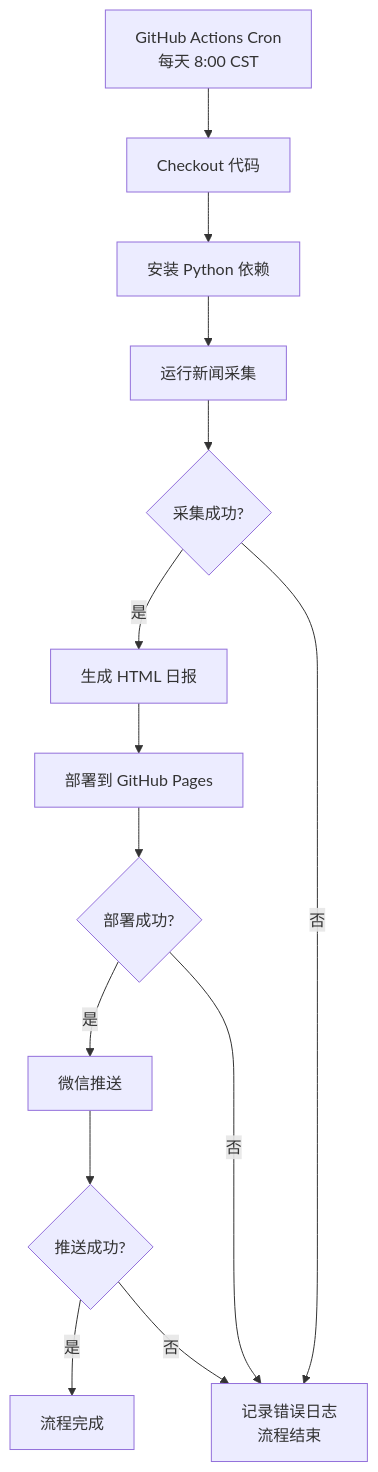
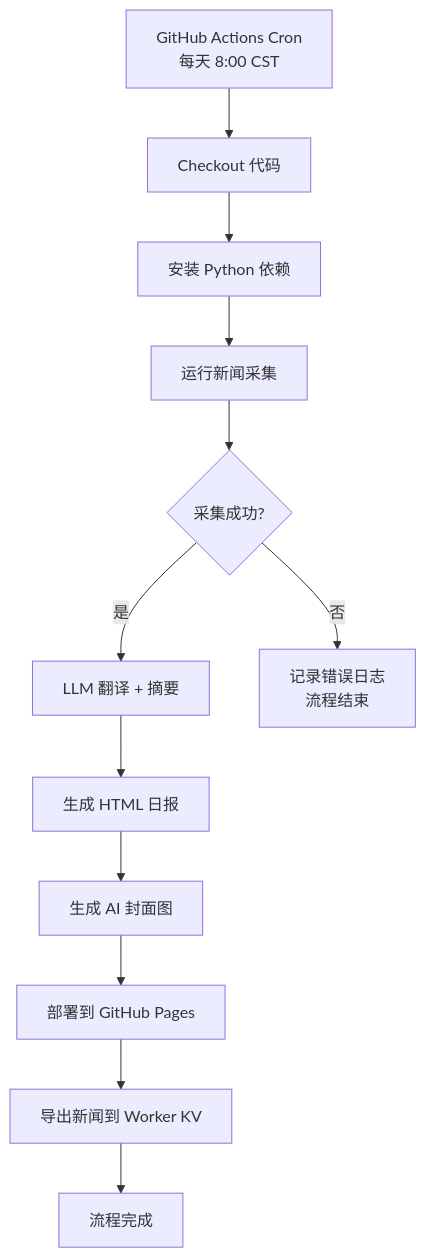
Before and after one commit to tanx0702/ai-daily-news: the sixth of 7 diagrams in personMdDosc/PRD.md, drawn with Mermaid. The commit also changed other lines of this file and 3 other files, not shown here.

````diff
--- a/personMdDosc/PRD.md
+++ b/personMdDosc/PRD.md
@@ -538,16 +391,14 @@
 ```mermaid
 flowchart TD
     A[GitHub Actions Cron<br>每天 8:00 CST] --> B[Checkout 代码]
     B --> C[安装 Python 依赖]
     C --> D[运行新闻采集]
     D --> E{采集成功?}
-    E -->|是| F[生成 HTML 日报]
+    E -->|是| F[LLM 翻译 + 摘要]
     E -->|否| Z[记录错误日志<br>流程结束]
-    F --> G[部署到 GitHub Pages]
-    G --> H{部署成功?}
-    H -->|是| I[微信推送]
-    H -->|否| Z
-    I --> J{推送成功?}
-    J -->|是| K[流程完成]
-    J -->|否| Z
+    F --> G[生成 HTML 日报]
+    G --> H[生成 AI 封面图]
+    H --> I[部署到 GitHub Pages]
+    I --> J[导出新闻到 Worker KV]
+    J --> K[流程完成]
 ```
````
